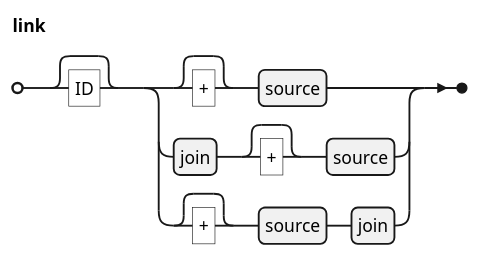
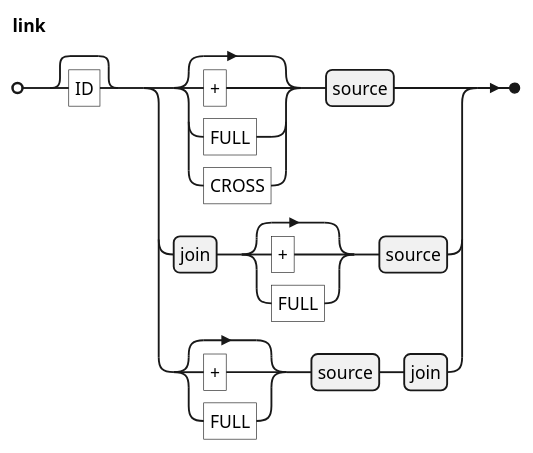
One commit to koryki-java/core changed the diagram in docs/kql/link.plantuml. Above: the diagram before and after it, drawn with PlantUML. The commit also changed 1 other file, not shown here.

Commit message:
Docs: link diagram with the FULL and CROSS markers

```diff
--- a/docs/kql/link.plantuml
+++ b/docs/kql/link.plantuml
@@ -1,13 +1,13 @@
 @startebnf
 ' border and background
 skinparam legendBorderColor transparent
 skinparam legendBackgroundColor white
 
 'title link
 
-link = ["ID"], (["+"], source
-  | join, ["+"], source
-  | ["+"], source, join)
+link = ["ID"], (["+" | "FULL" | "CROSS"], source
+  | join, ["+" | "FULL"], source
+  | ["+" | "FULL"], source, join)
 ;
 
 @endebnf
```
